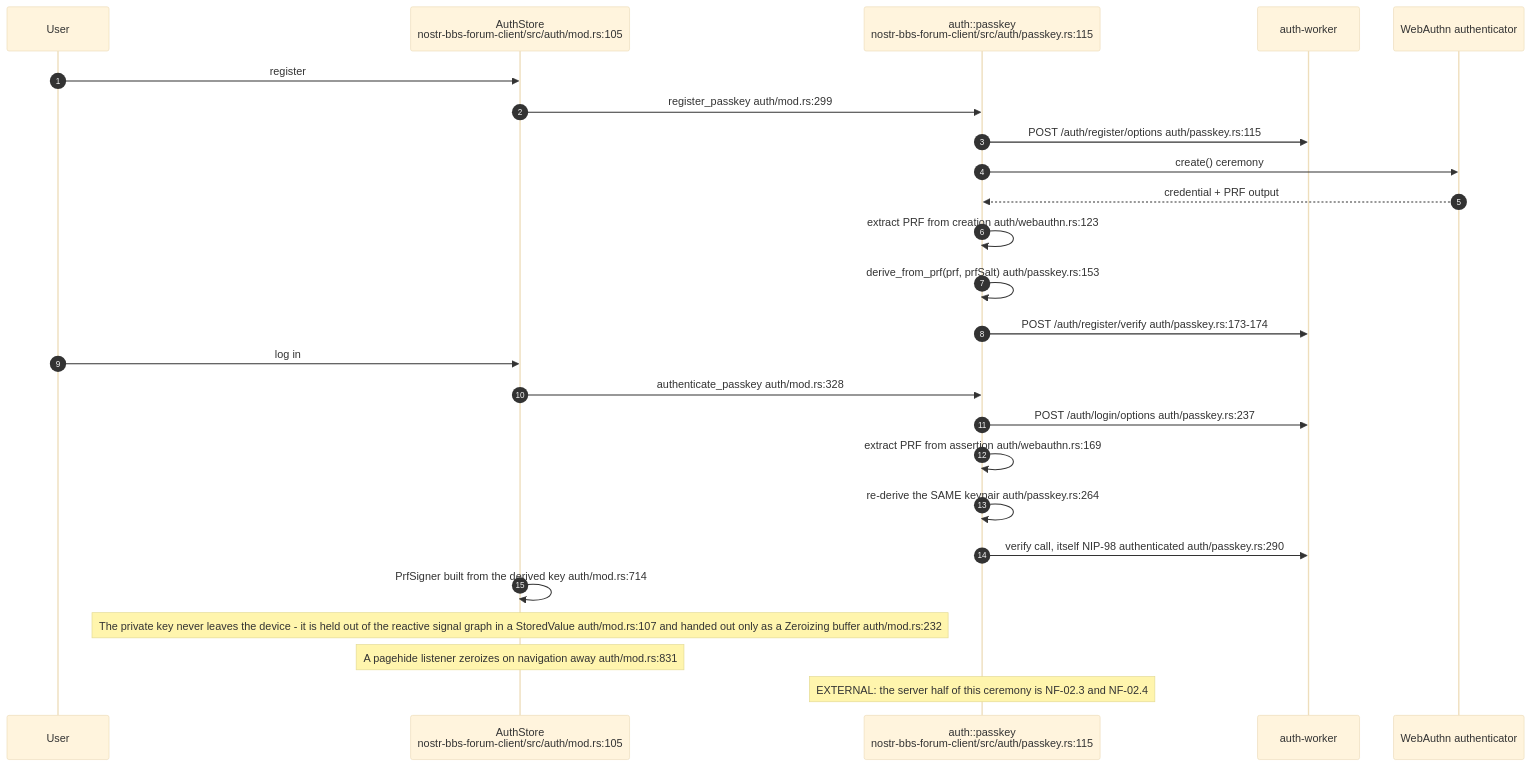
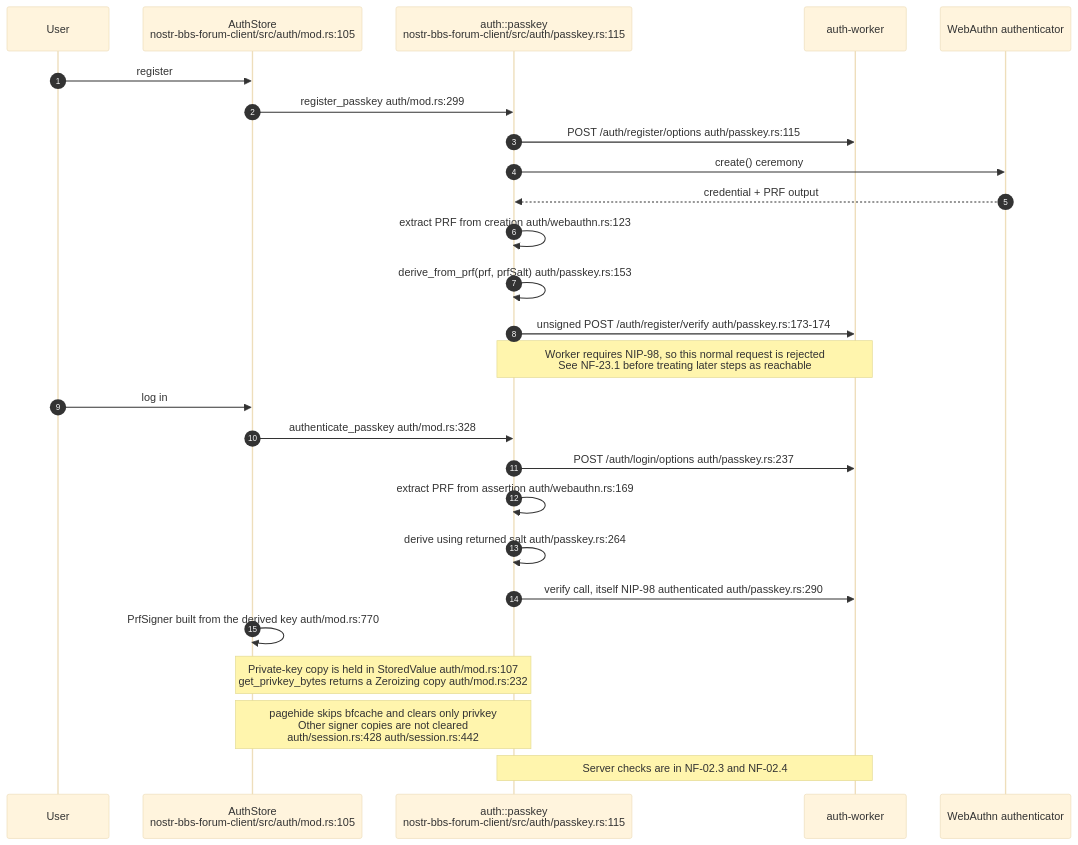
The third of 17 diagrams in docs/diagrams/nostr-rust-forum/05-leptos-clients-onboarding-messaging-governance.md (DreamLab-AI/VisionFlow), drawn with Mermaid (base theme) before and after one commit. The commit also changed other lines of this file and 51 other files, not shown here.

Commit message:
docs(audit): verify forum passkey client and worker contracts

````diff
--- a/docs/diagrams/nostr-rust-forum/05-leptos-clients-onboarding-messaging-governance.md
+++ b/docs/diagrams/nostr-rust-forum/05-leptos-clients-onboarding-messaging-governance.md
@@ -135,29 +135,30 @@
 ```mermaid
 sequenceDiagram
     autonumber
     participant U as User
     participant AS as AuthStore<br/>nostr-bbs-forum-client/src/auth/mod.rs:105
     participant PK as auth::passkey<br/>nostr-bbs-forum-client/src/auth/passkey.rs:115
     participant AW as auth-worker
     participant WA as WebAuthn authenticator
 
     U->>AS: register
     AS->>PK: register_passkey auth/mod.rs:299
     PK->>AW: POST /auth/register/options auth/passkey.rs:115
     PK->>WA: create() ceremony
     WA-->>PK: credential + PRF output
     PK->>PK: extract PRF from creation auth/webauthn.rs:123
     PK->>PK: derive_from_prf(prf, prfSalt) auth/passkey.rs:153
-    PK->>AW: POST /auth/register/verify auth/passkey.rs:173-174
+    PK->>AW: unsigned POST /auth/register/verify auth/passkey.rs:173-174
+    Note over PK,AW: Worker requires NIP-98, so this normal request is rejected<br/>See NF-23.1 before treating later steps as reachable
     U->>AS: log in
     AS->>PK: authenticate_passkey auth/mod.rs:328
     PK->>AW: POST /auth/login/options auth/passkey.rs:237
     PK->>PK: extract PRF from assertion auth/webauthn.rs:169
-    PK->>PK: re-derive the SAME keypair auth/passkey.rs:264
+    PK->>PK: derive using returned salt auth/passkey.rs:264
     PK->>AW: verify call, itself NIP-98 authenticated auth/passkey.rs:290
-    AS->>AS: PrfSigner built from the derived key auth/mod.rs:714
+    AS->>AS: PrfSigner built from the derived key auth/mod.rs:770
 
-    Note over AS: The private key never leaves the device - it is held out of the reactive signal graph in a StoredValue auth/mod.rs:107 and handed out only as a Zeroizing buffer auth/mod.rs:232
-    Note over AS: A pagehide listener zeroizes on navigation away auth/mod.rs:831
-    Note over PK: EXTERNAL: the server half of this ceremony is NF-02.3 and NF-02.4
+    Note over AS,PK: Private-key copy is held in StoredValue auth/mod.rs:107<br/>get_privkey_bytes returns a Zeroizing copy auth/mod.rs:232
+    Note over AS,PK: pagehide skips bfcache and clears only privkey<br/>Other signer copies are not cleared<br/>auth/session.rs:428 auth/session.rs:442
+    Note over PK,AW: Server checks are in NF-02.3 and NF-02.4
 ```
````
